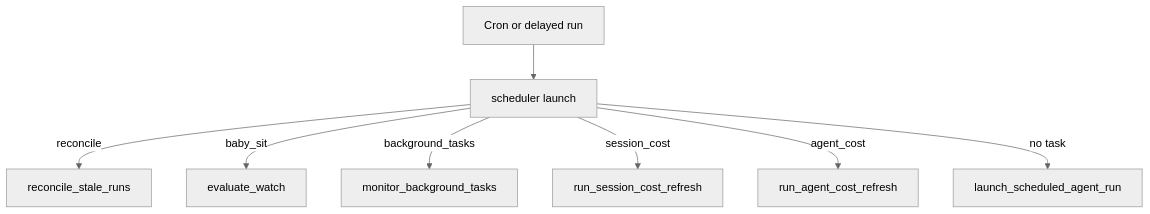
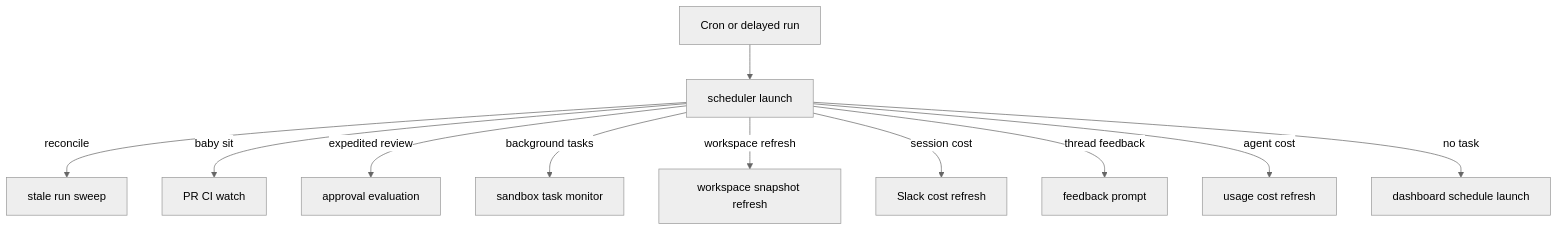
Before and after one commit to langchain-ai/open-swe: the first of 2 diagrams in openwiki/workflows/scheduling-and-baby-sit.md, drawn with Mermaid (neutral theme). The commit also changed other lines of this file and 51 other files, not shown here.

````diff
--- a/openwiki/workflows/scheduling-and-baby-sit.md
+++ b/openwiki/workflows/scheduling-and-baby-sit.md
@@ -67,10 +67,13 @@
 ```mermaid
 flowchart TD
   Tick["Cron or delayed run"] --> Launch["scheduler launch"]
-  Launch -->|reconcile| Reconcile["reconcile_stale_runs"]
-  Launch -->|baby_sit| Watch["evaluate_watch"]
-  Launch -->|background_tasks| Background["monitor_background_tasks"]
-  Launch -->|session_cost| SessionCost["run_session_cost_refresh"]
-  Launch -->|agent_cost| AgentCost["run_agent_cost_refresh"]
-  Launch -->|no task| Schedule["launch_scheduled_agent_run"]
+  Launch -->|reconcile| Reconcile["stale run sweep"]
+  Launch -->|baby sit| BabySit["PR CI watch"]
+  Launch -->|expedited review| Approval["approval evaluation"]
+  Launch -->|background tasks| Background["sandbox task monitor"]
+  Launch -->|workspace refresh| Refresh["workspace snapshot refresh"]
+  Launch -->|session cost| SessionCost["Slack cost refresh"]
+  Launch -->|thread feedback| Feedback["feedback prompt"]
+  Launch -->|agent cost| AgentCost["usage cost refresh"]
+  Launch -->|no task| Schedule["dashboard schedule launch"]
 ```
````
